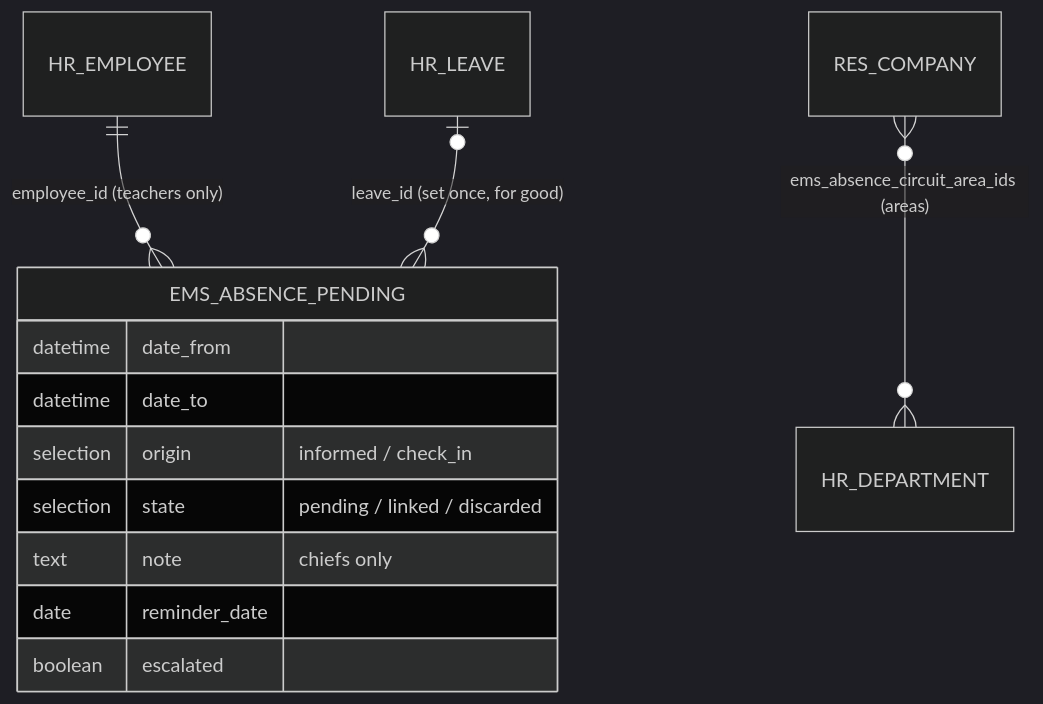
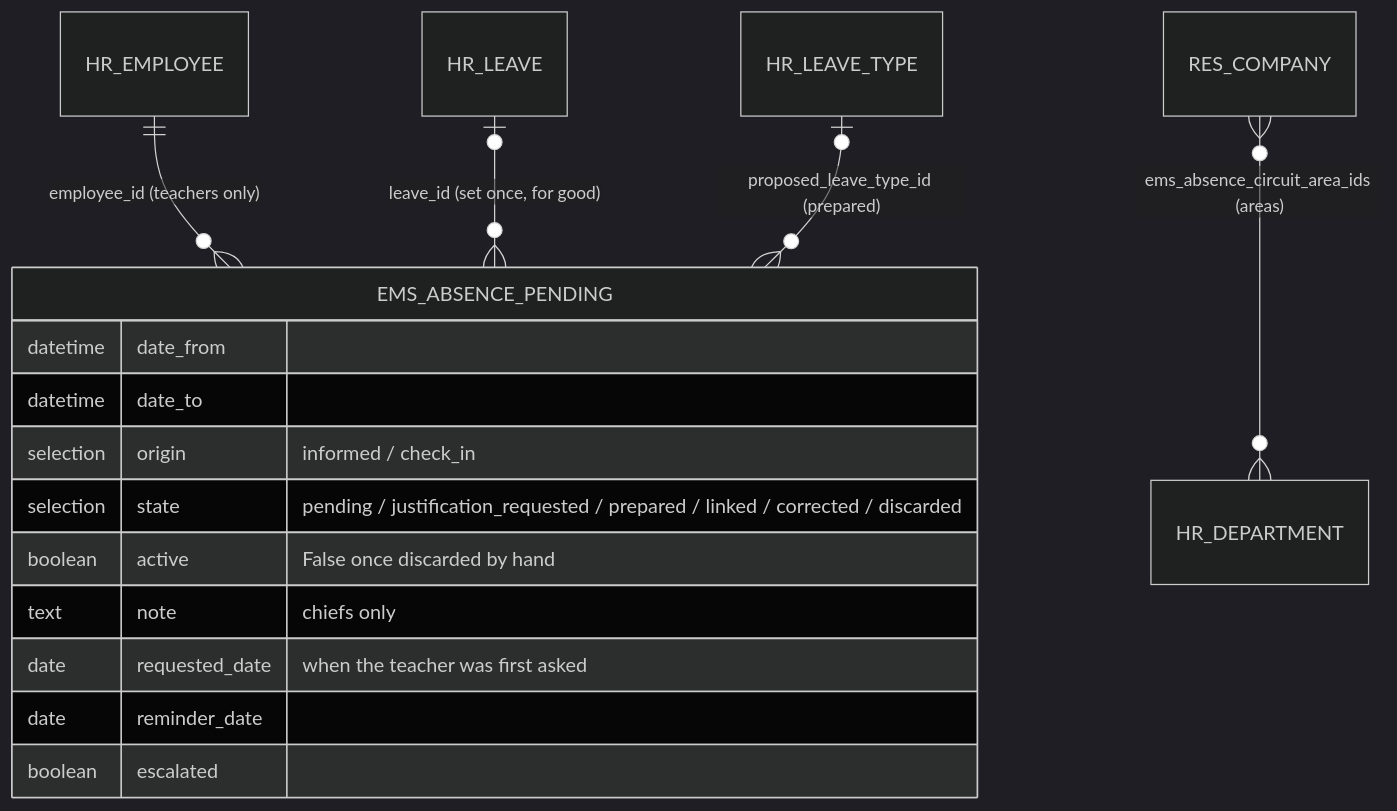
The fourth of 10 diagrams in docs/en/developers/employees/absence.md (ElPuig/EMS), drawn with Mermaid (dark theme) before and after one commit. The commit also changed other lines of this file and 1 other file, not shown here.

````diff
--- a/docs/en/developers/employees/absence.md
+++ b/docs/en/developers/employees/absence.md
@@ -678,15 +686,18 @@
 ```mermaid
 erDiagram
     HR_EMPLOYEE ||--o{ EMS_ABSENCE_PENDING : "employee_id (teachers only)"
     HR_LEAVE |o--o{ EMS_ABSENCE_PENDING : "leave_id (set once, for good)"
+    HR_LEAVE_TYPE |o--o{ EMS_ABSENCE_PENDING : "proposed_leave_type_id (prepared)"
     RES_COMPANY }o--o{ HR_DEPARTMENT : "ems_absence_circuit_area_ids (areas)"
     EMS_ABSENCE_PENDING {
         datetime date_from
         datetime date_to
         selection origin "informed / check_in"
-        selection state "pending / linked / discarded"
+        selection state "pending / justification_requested / prepared / linked / corrected / discarded"
+        boolean active "False once discarded by hand"
         text note "chiefs only"
+        date requested_date "when the teacher was first asked"
         date reminder_date
         boolean escalated
     }
 ```
````
